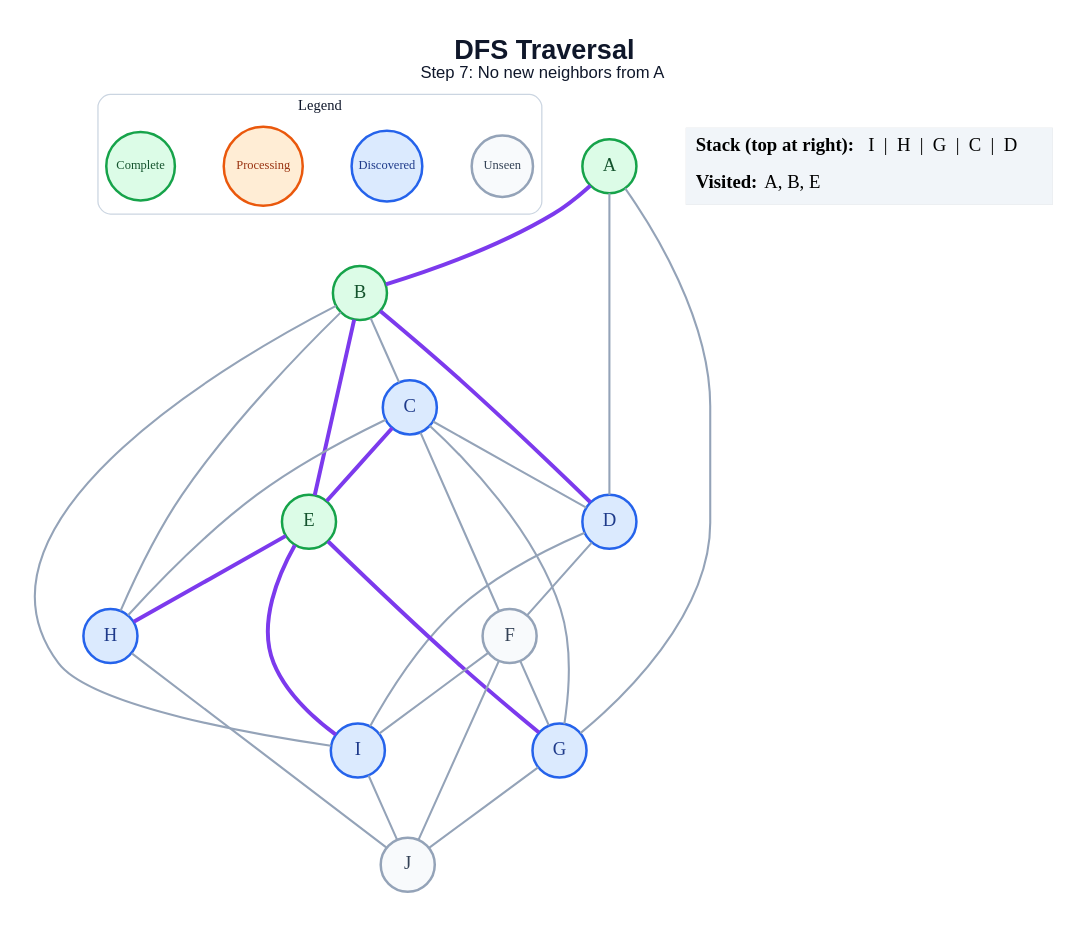
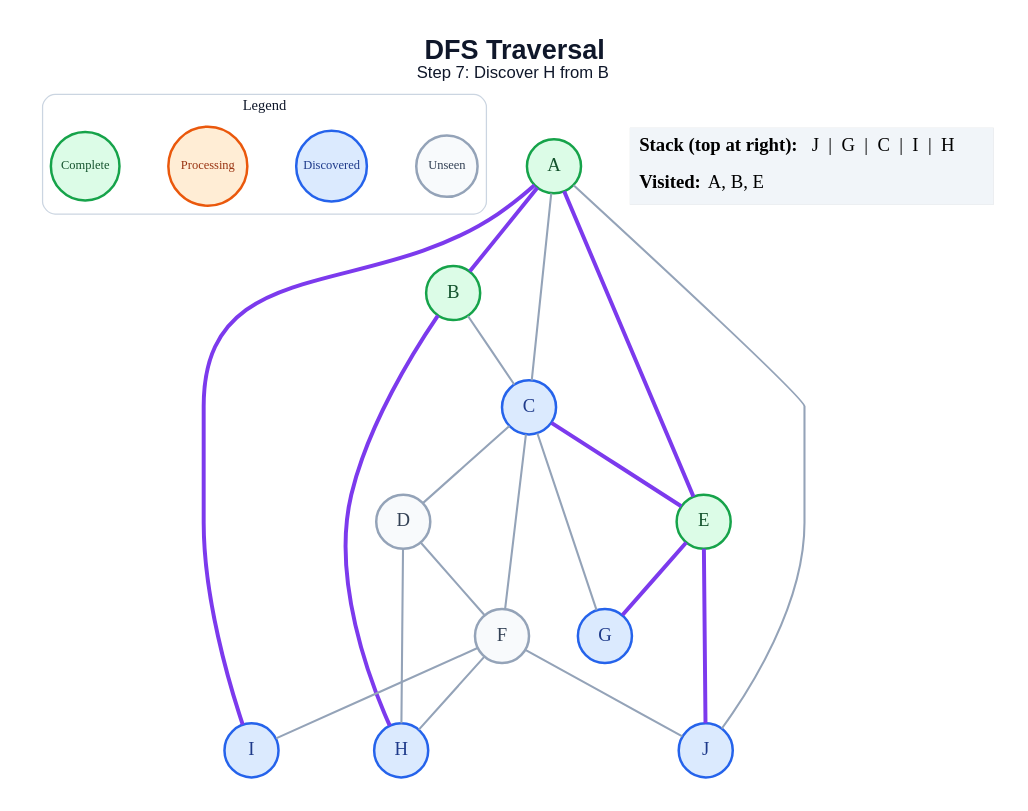
One commit to amanghodawala9/ai-slop changed the diagram in generated/specific-node/dfs/step_07.dot. Above: the diagram before and after it, drawn with Graphviz. The commit also changed 178 other files, not shown here.

```diff
--- a/generated/specific-node/dfs/step_07.dot
+++ b/generated/specific-node/dfs/step_07.dot
@@ -1,53 +1,47 @@
 graph traversal {
   graph [layout=dot, rankdir=TB, bgcolor="#FFFFFF", pad="0.35", nodesep="0.65", ranksep="0.8", fontname="Arial"];
   node [shape=circle, style="filled", fontname="Arial Bold", fontsize=18, width=0.72, fixedsize=true, penwidth=2.4];
   edge [color="#94A3B8", penwidth=2.0];
-  label=<<B>DFS Traversal</B><BR/><FONT POINT-SIZE="16">Step 7: No new neighbors from A</FONT>>; labelloc="t"; fontsize=26; fontname="Arial"; fontcolor="#0F172A";
+  label=<<B>DFS Traversal</B><BR/><FONT POINT-SIZE="16">Step 7: Discover H from B</FONT>>; labelloc="t"; fontsize=26; fontname="Arial"; fontcolor="#0F172A";
   subgraph cluster_legend { label="Legend"; color="#CBD5E1"; penwidth=1.2; style="rounded"; fontsize=14; fontname="Arial Bold";
     key_unseen [label="Unseen", fillcolor="#F8FAFC", color="#94A3B8", fontcolor="#334155", fontsize=12, width=0.82];
     key_frontier [label="Discovered", fillcolor="#DBEAFE", color="#2563EB", fontcolor="#1E3A8A", fontsize=12, width=0.95];
     key_current [label="Processing", fillcolor="#FFEDD5", color="#EA580C", fontcolor="#9A3412", fontsize=12, width=1.05];
     key_done [label="Complete", fillcolor="#DCFCE7", color="#16A34A", fontcolor="#14532D", fontsize=12, width=0.92];
     { rank=same; key_unseen; key_frontier; key_current; key_done; }
   }
   A [fillcolor="#DCFCE7", color="#16A34A", fontcolor="#14532D"];
   B [fillcolor="#DCFCE7", color="#16A34A", fontcolor="#14532D"];
   C [fillcolor="#DBEAFE", color="#2563EB", fontcolor="#1E3A8A"];
-  D [fillcolor="#DBEAFE", color="#2563EB", fontcolor="#1E3A8A"];
+  D [fillcolor="#F8FAFC", color="#94A3B8", fontcolor="#334155"];
   E [fillcolor="#DCFCE7", color="#16A34A", fontcolor="#14532D"];
   F [fillcolor="#F8FAFC", color="#94A3B8", fontcolor="#334155"];
   G [fillcolor="#DBEAFE", color="#2563EB", fontcolor="#1E3A8A"];
   H [fillcolor="#DBEAFE", color="#2563EB", fontcolor="#1E3A8A"];
   I [fillcolor="#DBEAFE", color="#2563EB", fontcolor="#1E3A8A"];
-  J [fillcolor="#F8FAFC", color="#94A3B8", fontcolor="#334155"];
+  J [fillcolor="#DBEAFE", color="#2563EB", fontcolor="#1E3A8A"];
   A -- B [color="#7C3AED", penwidth=3.8];
-  A -- D;
-  A -- G;
+  A -- C;
+  A -- E [color="#7C3AED", penwidth=3.8];
+  A -- I [color="#7C3AED", penwidth=3.8];
+  A -- J;
   B -- C;
-  B -- D [color="#7C3AED", penwidth=3.8];
-  B -- E [color="#7C3AED", penwidth=3.8];
-  B -- H;
-  B -- I;
+  B -- H [color="#7C3AED", penwidth=3.8];
   C -- D;
   C -- E [color="#7C3AED", penwidth=3.8];
   C -- F;
   C -- G;
-  C -- H;
   D -- F;
-  D -- I;
+  D -- H;
   E -- G [color="#7C3AED", penwidth=3.8];
-  E -- H [color="#7C3AED", penwidth=3.8];
-  E -- I [color="#7C3AED", penwidth=3.8];
-  F -- G;
+  E -- J [color="#7C3AED", penwidth=3.8];
+  F -- H;
   F -- I;
   F -- J;
-  G -- J;
-  H -- J;
-  I -- J;
   status [shape=plain, fixedsize=false, width=0, height=0, margin=0, label=<
     <TABLE BORDER="0" CELLBORDER="0" CELLPADDING="7" BGCOLOR="#F1F5F9">
-      <TR><TD ALIGN="LEFT"><B>Stack (top at right):</B> I  |  H  |  G  |  C  |  D</TD></TR>
+      <TR><TD ALIGN="LEFT"><B>Stack (top at right):</B> J  |  G  |  C  |  I  |  H</TD></TR>
       <TR><TD ALIGN="LEFT"><B>Visited:</B> A, B, E</TD></TR>
     </TABLE>
   >];
 }
```
